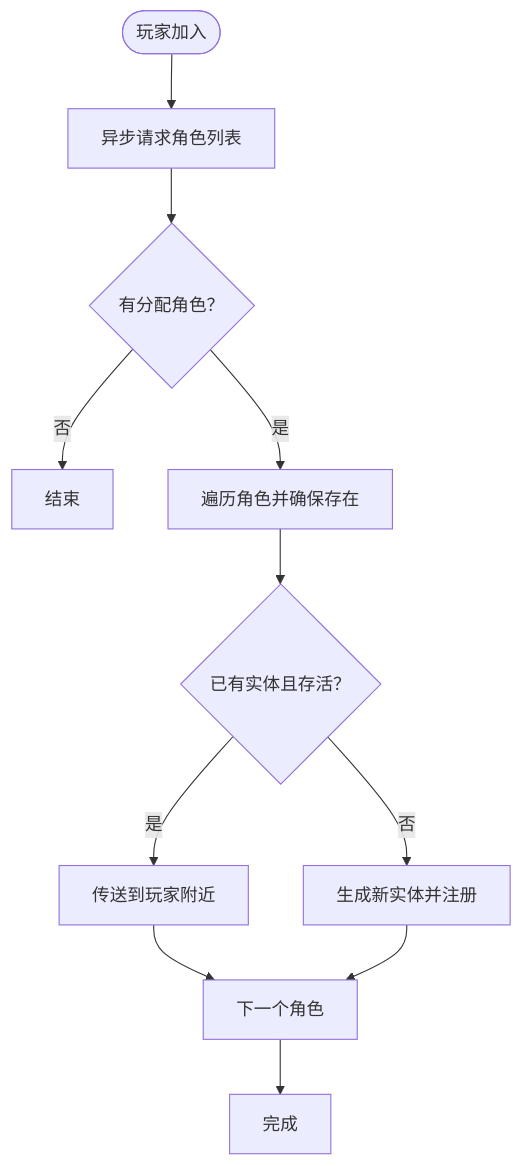
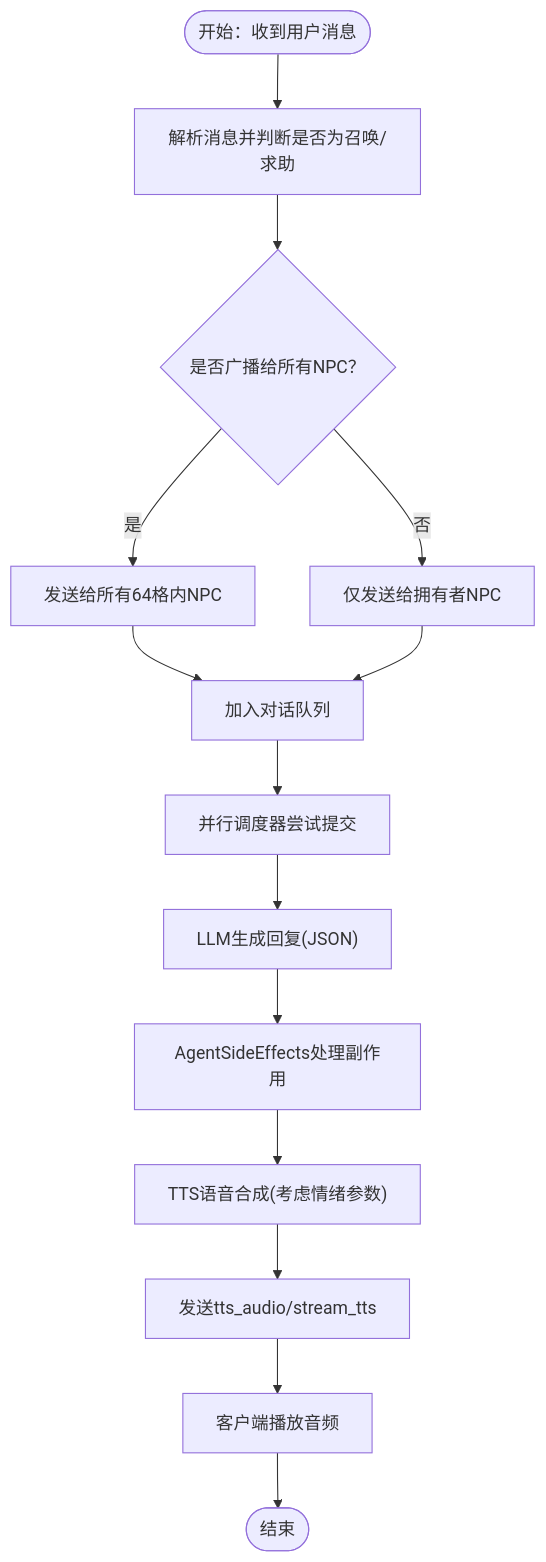
One commit to wjartpix/minecraft_ai_play2npc changed the third of 6 diagrams in .qoder/repowiki/zh/content/项目概述/项目概述.md. Above: the diagram before and after it, drawn with Mermaid. The commit also changed other lines of this file and 188 other files, not shown here.

````diff
--- a/.qoder/repowiki/zh/content/项目概述/项目概述.md
+++ b/.qoder/repowiki/zh/content/项目概述/项目概述.md
@@ -256,13 +177,16 @@
 ```mermaid
 flowchart TD
-Start(["玩家加入"]) --> Fetch["异步请求角色列表"]
-Fetch --> HasChars{"有分配角色？"}
-HasChars --> |否| End["结束"]
-HasChars --> |是| Summ["遍历角色并确保存在"]
-Summ --> Teleport{"已有实体且存活？"}
-Teleport --> |是| Move["传送到玩家附近"]
-Teleport --> |否| Spawn["生成新实体并注册"]
-Move --> Next["下一个角色"]
-Spawn --> Next
-Next --> Done["完成"]
+Start(["开始：收到用户消息"]) --> Parse["解析消息并判断是否为召唤/求助"]
+Parse --> Broadcast{"是否广播给所有NPC？"}
+Broadcast --> |是| ToAll["发送给所有64格内NPC"]
+Broadcast --> |否| ToOwner["仅发送给拥有者NPC"]
+ToAll --> Queue["加入对话队列"]
+ToOwner --> Queue
+Queue --> Scheduler["并行调度器尝试提交"]
+Scheduler --> LLM["LLM生成回复(JSON)"]
+LLM --> Effects["AgentSideEffects处理副作用"]
+Effects --> TTS["TTS语音合成(考虑情绪参数)"]
+TTS --> Net["发送tts_audio/stream_tts"]
+Net --> Client["客户端播放音频"]
+Client --> End(["结束"])
 ```
````
